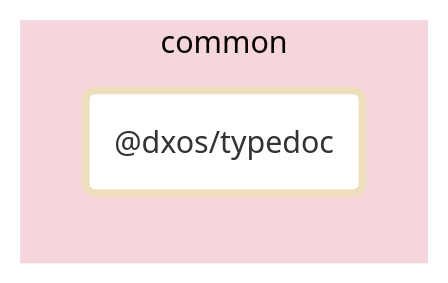
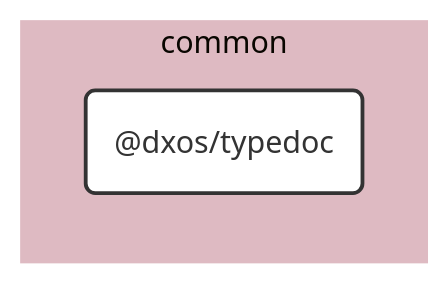
Before and after one commit to dxos/dxos: the diagram in packages/common/typedoc/docs/README.md, drawn with Mermaid (base theme). The commit also changed 100 other files, not shown here.

````diff
--- a/packages/common/typedoc/docs/README.md
+++ b/packages/common/typedoc/docs/README.md
@@ -7,12 +7,25 @@
 ```mermaid
-flowchart LR;
+%%{ init: {'flowchart':{'curve':'basis'}} }%%
 
-style dxos/typedoc fill:#fff,stroke-width:4px;
+flowchart LR
+
+%% Links
+
+%% Sections
+subgraph common
+  style common fill:#debac2,stroke:#fff;
+
+  dxos/typedoc("@dxos/typedoc")
+end
 
 
-subgraph common
-  style common fill:#f5d6dd,stroke:#fff;
-  dxos/typedoc("@dxos/typedoc");
-end
+%% Hyperlinks
+
+%% Styles
+classDef rootNode fill:#fff,stroke:#333,stroke-width:2px
+classDef defaultNode fill:#fff,stroke:#333,stroke-width:1px
+linkStyle default stroke:#333,stroke-width:1px
+
+dxos/typedoc:::rootNode
 
 ```
````
